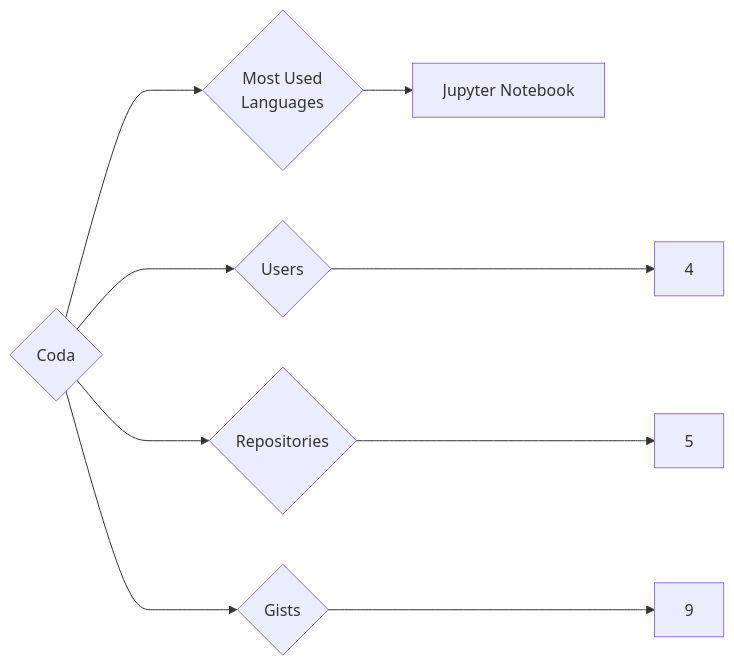
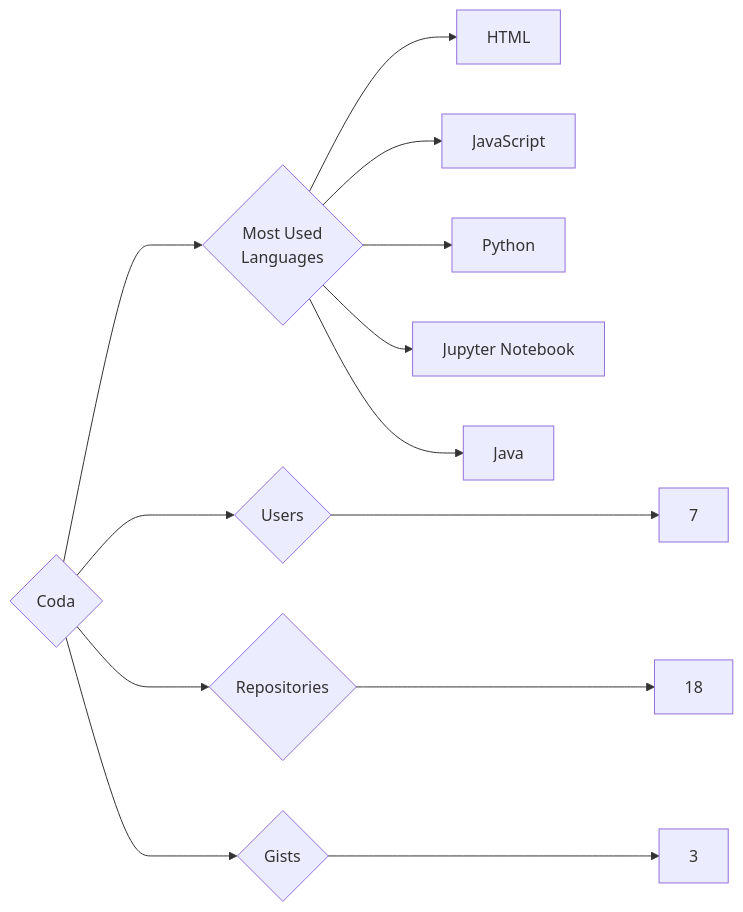
Before and after one commit to trickest/insiders: the diagram in targets/Coda/README.md, drawn with Mermaid. The commit also changed 1120 other files, not shown here.

````diff
--- a/targets/Coda/README.md
+++ b/targets/Coda/README.md
@@ -3,9 +3,13 @@
 ```mermaid
 graph LR
 COMPANY_NAME{Coda}
-COMPANY_NAME ---> U{Users} ---> UN[4]
-COMPANY_NAME ---> R{Repositories} ---> RN[5]
-COMPANY_NAME ---> G{Gists} ---> GN[9]
+COMPANY_NAME ---> U{Users} ---> UN[7]
+COMPANY_NAME ---> R{Repositories} ---> RN[18]
+COMPANY_NAME ---> G{Gists} ---> GN[3]
 COMPANY_NAME ---> ML{Most Used<br>Languages}
+ML --> HTML[HTML]
+ML --> JavaScript[JavaScript]
+ML --> Python[Python]
 ML --> Jupyter_Notebook[Jupyter Notebook]
+ML --> Java[Java]
 ```
````
